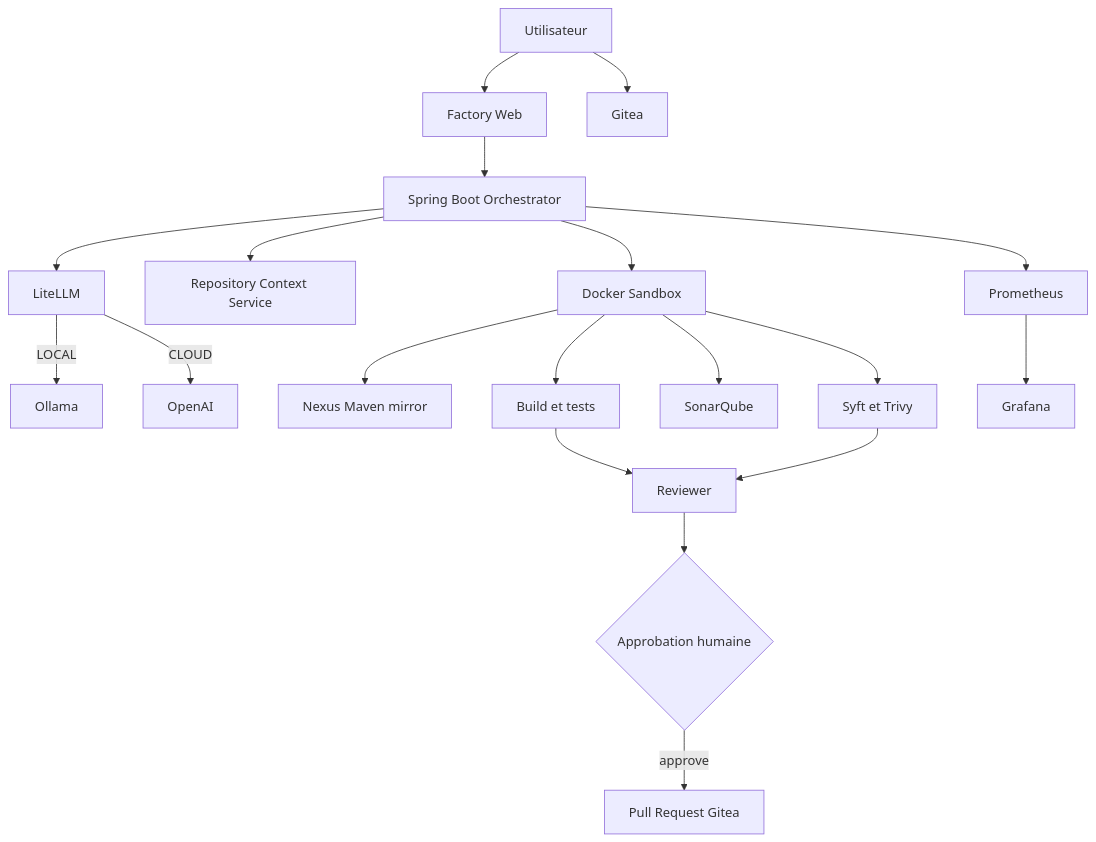
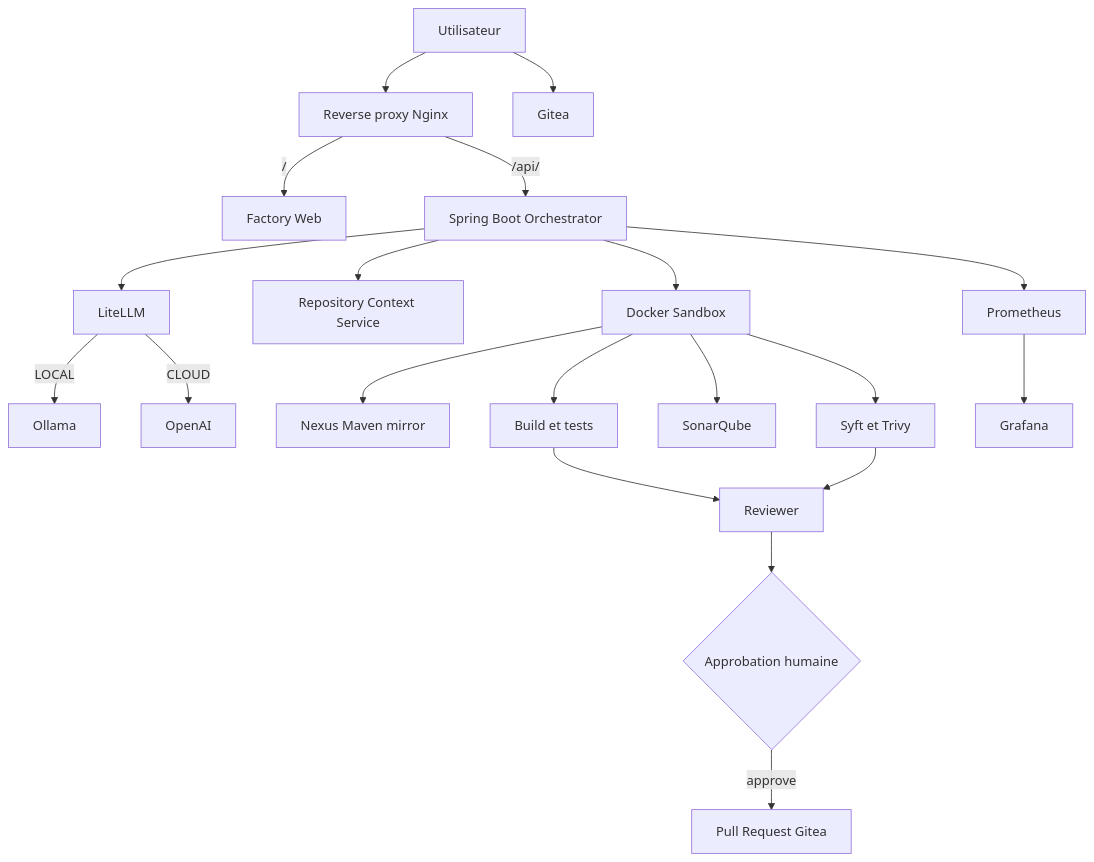
The first of 2 diagrams in docs/AI_SOFTWARE_FACTORY_LOCAL.md (dbeaumont/ai-software-factory-local), drawn with Mermaid before and after one commit. The commit also changed other lines of this file and 6 other files, not shown here.

Commit message:
feat: ajout reverse proxy

````diff
--- a/docs/AI_SOFTWARE_FACTORY_LOCAL.md
+++ b/docs/AI_SOFTWARE_FACTORY_LOCAL.md
@@ -33,21 +33,22 @@
 ```mermaid
 flowchart TB
-    USER[Utilisateur] --> WEB[Factory Web]
+    USER[Utilisateur] --> PROXY[Reverse proxy Nginx]
+    PROXY -->|/| WEB[Factory Web]
+    PROXY -->|/api/| ORCH[Spring Boot Orchestrator]
     USER --> GIT[Gitea]
-    WEB --> ORCH[Spring Boot Orchestrator]
     ORCH --> LLM[LiteLLM]
     LLM -->|LOCAL| OLLAMA[Ollama]
     LLM -->|CLOUD| OPENAI[OpenAI]
     ORCH --> CTX[Repository Context Service]
     ORCH --> SB[Docker Sandbox]
     SB --> NEXUS[Nexus Maven mirror]
     SB --> BUILD[Build et tests]
     SB --> SONAR[SonarQube]
     SB --> SEC[Syft et Trivy]
     ORCH --> PROM[Prometheus]
     PROM --> GRAF[Grafana]
     BUILD --> REVIEW[Reviewer]
     SEC --> REVIEW
     REVIEW --> HUMAN{Approbation humaine}
     HUMAN -->|approve| PR[Pull Request Gitea]
 ```
````
